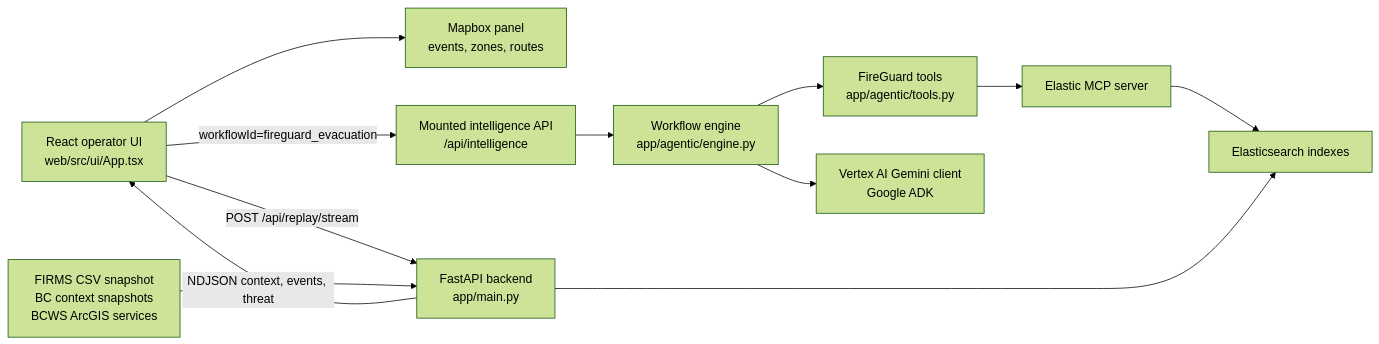
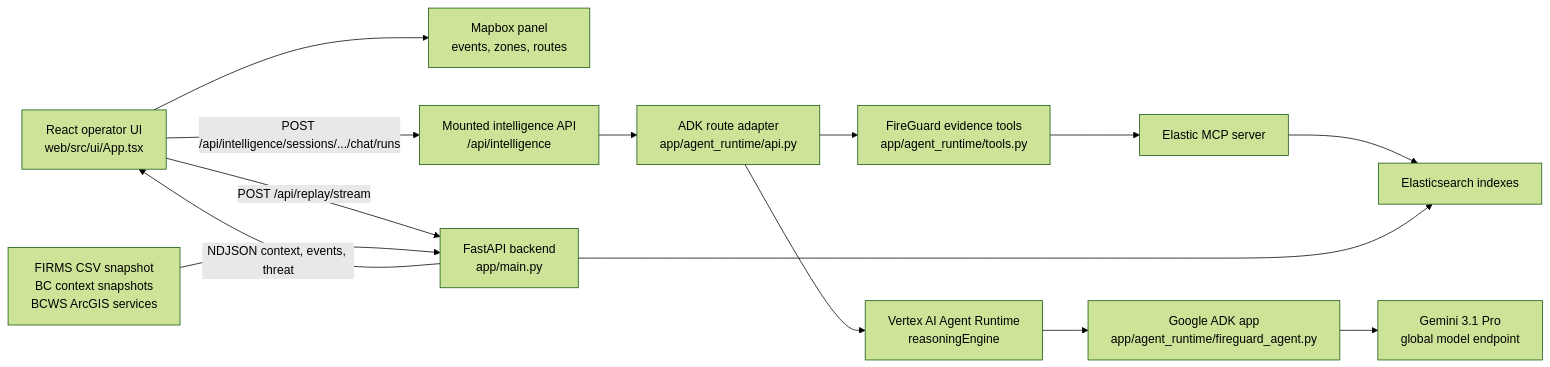
One commit to youneslaaroussi/fireguard changed the first of 3 diagrams in README.md. Above: the diagram before and after it, drawn with Mermaid (forest theme). The commit also changed other lines of this file and 59 other files, not shown here.

Commit message:
Deploy FireGuard agent runtime

````diff
--- a/README.md
+++ b/README.md
@@ -222,25 +224,29 @@
 ```mermaid
 flowchart LR
     UI["React operator UI<br/>web/src/ui/App.tsx"]
     Map["Mapbox panel<br/>events, zones, routes"]
     API["FastAPI backend<br/>app/main.py"]
     AgentAPI["Mounted intelligence API<br/>/api/intelligence"]
-    Engine["Workflow engine<br/>app/agentic/engine.py"]
-    Tools["FireGuard tools<br/>app/agentic/tools.py"]
+    Adapter["ADK route adapter<br/>app/agent_runtime/api.py"]
+    Tools["FireGuard evidence tools<br/>app/agent_runtime/tools.py"]
+    Agent["Google ADK app<br/>app/agent_runtime/fireguard_agent.py"]
+    Runtime["Vertex AI Agent Runtime<br/>reasoningEngine"]
     ElasticMCP["Elastic MCP server"]
     ES["Elasticsearch indexes"]
     Sources["FIRMS CSV snapshot<br/>BC context snapshots<br/>BCWS ArcGIS services"]
-    Model["Vertex AI Gemini client<br/>Google ADK"]
+    Model["Gemini 3.1 Pro<br/>global model endpoint"]
 
     UI -->|"POST /api/replay/stream"| API
     API -->|"NDJSON context, events, threat"| UI
     UI --> Map
-    UI -->|"workflowId=fireguard_evacuation"| AgentAPI
-    AgentAPI --> Engine
-    Engine --> Tools
-    Engine --> Model
+    UI -->|"POST /api/intelligence/sessions/.../chat/runs"| AgentAPI
+    AgentAPI --> Adapter
+    Adapter --> Tools
     Tools --> ElasticMCP
+    Adapter --> Runtime
+    Runtime --> Agent
+    Agent --> Model
     ElasticMCP --> ES
     API --> ES
     Sources --> API
 ```
````
